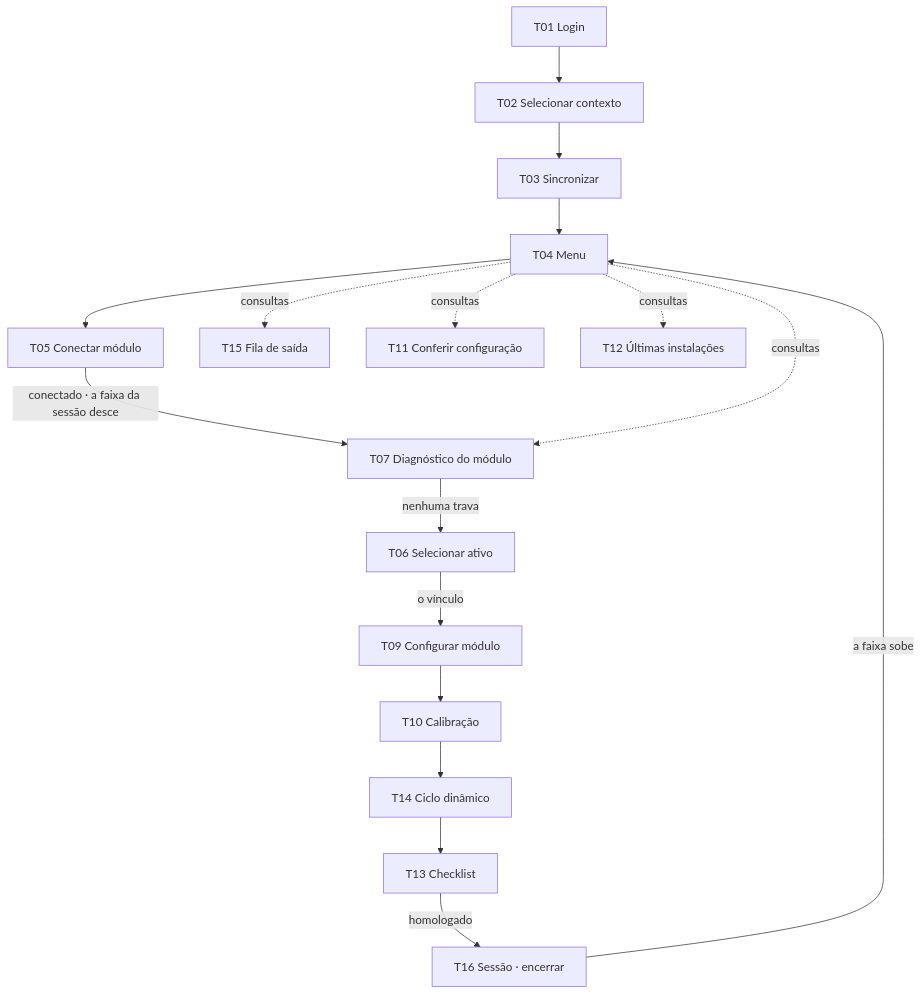
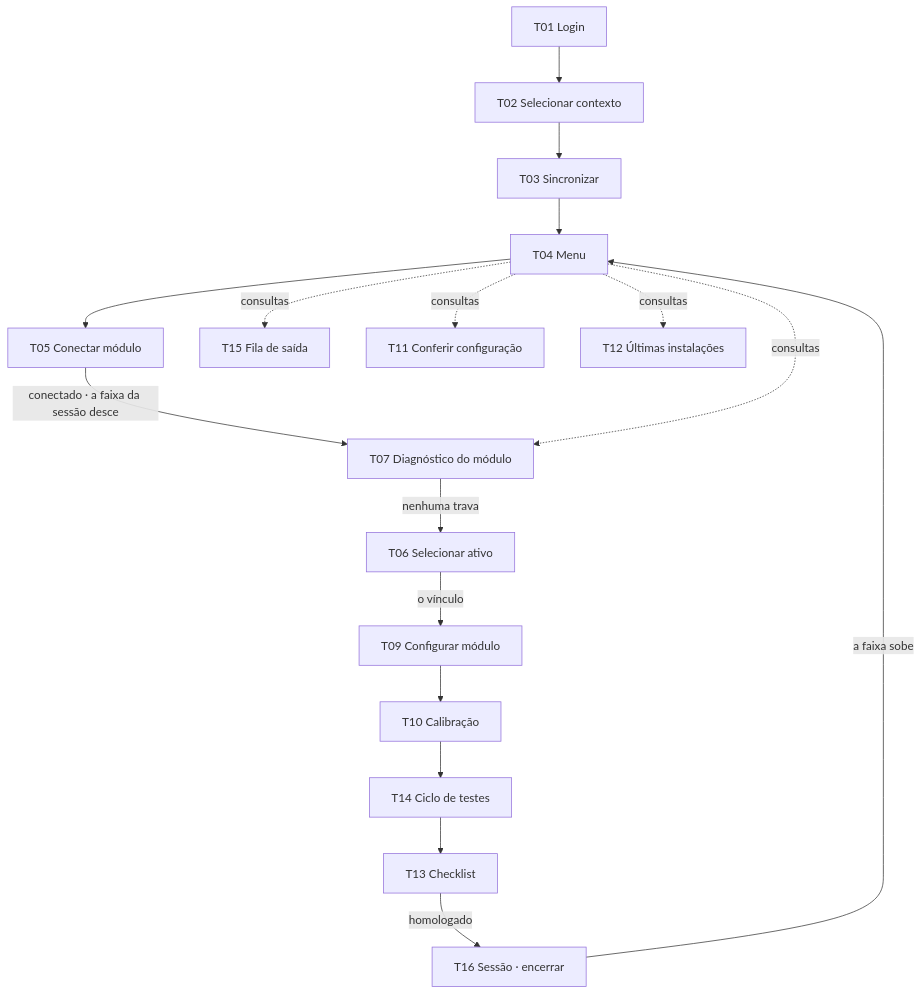
One commit to felipeuxdesign/mobs2-configurador-prototipo changed the diagram in 01-produto/fluxos.md. Above: the diagram before and after it, drawn with Mermaid. The commit also changed 281 other files, not shown here.

First line of the commit message:
pacote 2 e complemento · aplicados e construídos: a calibração, a conferência, o ciclo de testes, o servidor, o checklist, a fila e a barra do sistema

````diff
--- a/01-produto/fluxos.md
+++ b/01-produto/fluxos.md
@@ -5,14 +5,14 @@
 ```mermaid
 flowchart TD
   T01[T01 Login] --> T02[T02 Selecionar contexto] --> T03[T03 Sincronizar] --> T04[T04 Menu]
   T04 --> T05[T05 Conectar módulo]
   T05 -- conectado · a faixa da sessão desce --> T07[T07 Diagnóstico do módulo]
   T07 -- nenhuma trava --> T06[T06 Selecionar ativo] -- o vínculo --> T09[T09 Configurar módulo] --> T10[T10 Calibração]
-  T10 --> T14[T14 Ciclo dinâmico] --> T13[T13 Checklist]
+  T10 --> T14[T14 Ciclo de testes] --> T13[T13 Checklist]
   T13 -- homologado --> T16[T16 Sessão · encerrar]
   T16 -- a faixa sobe --> T04
   T04 -.consultas.-> T15[T15 Fila de saída]
   T04 -.consultas.-> T11[T11 Conferir configuração]
   T04 -.consultas.-> T12[T12 Últimas instalações]
   T04 -.consultas.-> T07
 ```
````
